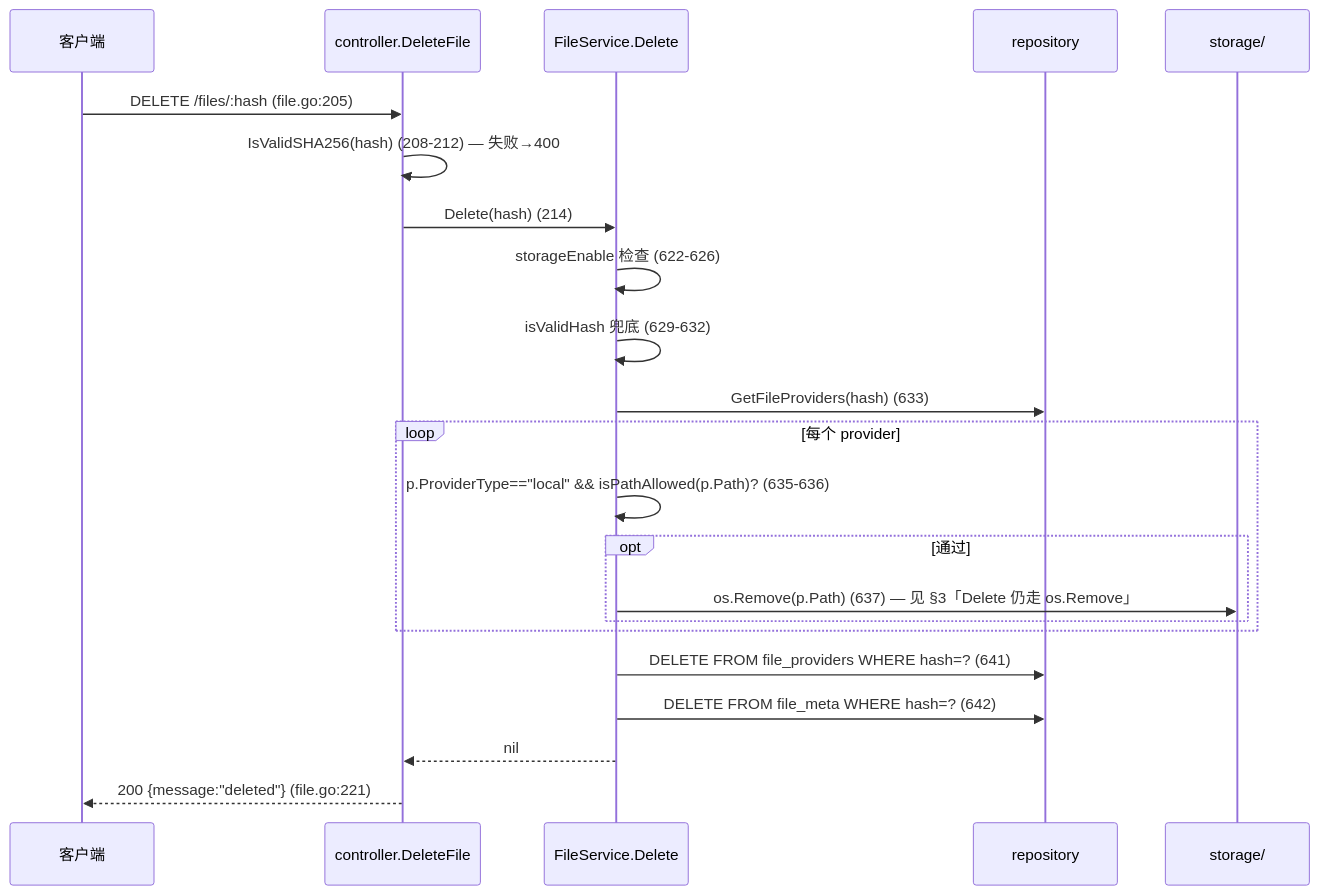
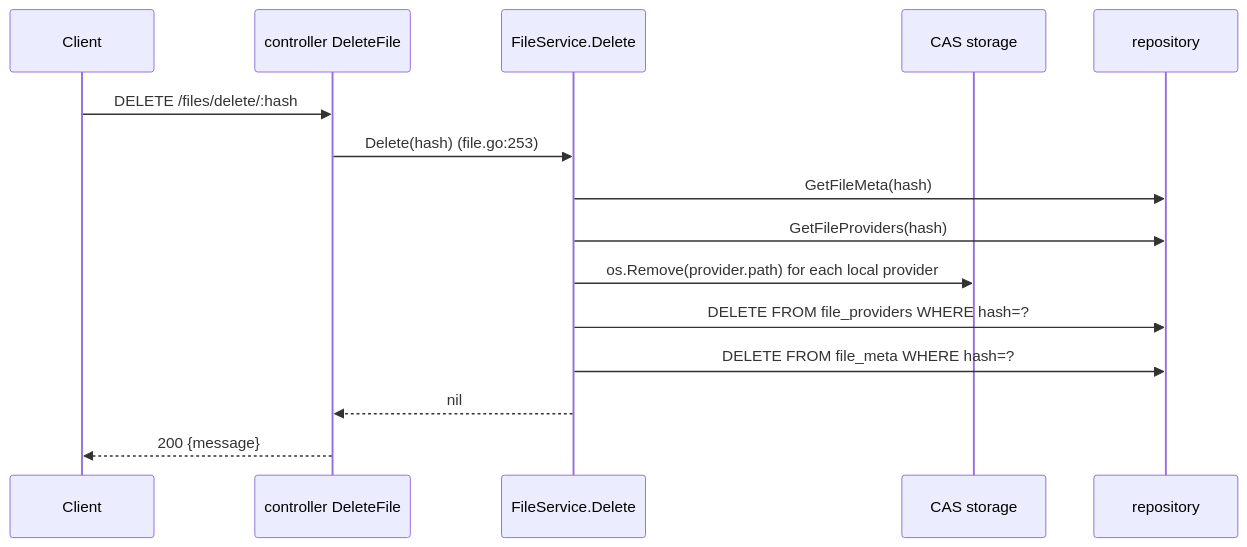
The ninth of 10 diagrams in doc/design/connections/10-controller-storage.md (Hana-ame/peerdrive), drawn with Mermaid before and after one commit. The commit also changed other lines of this file and 357 other files, not shown here.

````diff
--- a/doc/design/connections/10-controller-storage.md
+++ b/doc/design/connections/10-controller-storage.md
@@ -217,25 +216,18 @@
 ```mermaid
 sequenceDiagram
-  participant C as 客户端
-  participant K as controller.DeleteFile
+  participant C as Client
+  participant K as controller DeleteFile
   participant S as FileService.Delete
+  participant CAS as CAS storage
   participant DB as repository
-  participant FS as storage/
 
-  C->>K: DELETE /files/:hash (file.go:205)
-  K->>K: IsValidSHA256(hash) (208-212) — 失败→400
-  K->>S: Delete(hash) (214)
-  S->>S: storageEnable 检查 (622-626)
-  S->>S: isValidHash 兜底 (629-632)
-  S->>DB: GetFileProviders(hash) (633)
-  loop 每个 provider
-    S->>S: p.ProviderType=="local" && isPathAllowed(p.Path)? (635-636)
-    opt 通过
-      S->>FS: os.Remove(p.Path) (637) — 见 §3「Delete 仍走 os.Remove」
-    end
-  end
-  S->>DB: DELETE FROM file_providers WHERE hash=? (641)
-  S->>DB: DELETE FROM file_meta WHERE hash=? (642)
+  C->>K: DELETE /files/delete/:hash
+  K->>S: Delete(hash) (file.go:253)
+  S->>DB: GetFileMeta(hash)
+  S->>DB: GetFileProviders(hash)
+  S->>CAS: os.Remove(provider.path) for each local provider
+  S->>DB: DELETE FROM file_providers WHERE hash=?
+  S->>DB: DELETE FROM file_meta WHERE hash=?
   S-->>K: nil
-  K-->>C: 200 {message:"deleted"} (file.go:221)
+  K-->>C: 200 {message}
 ```
````
